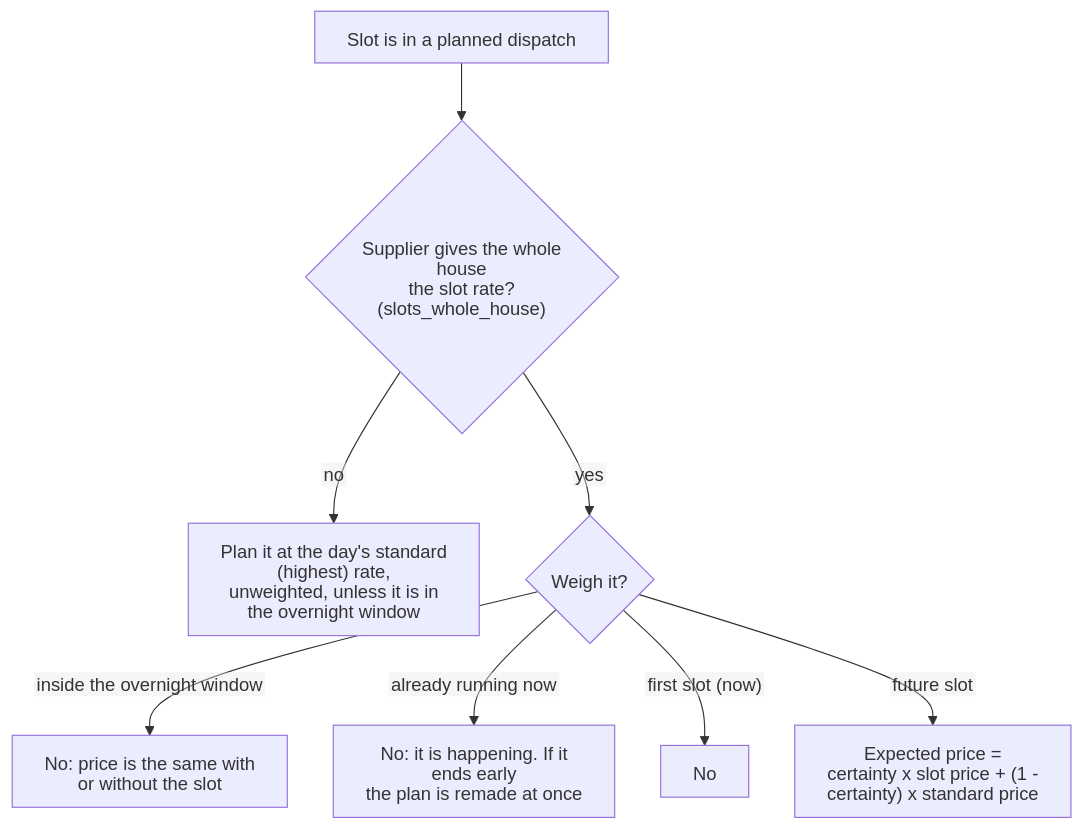
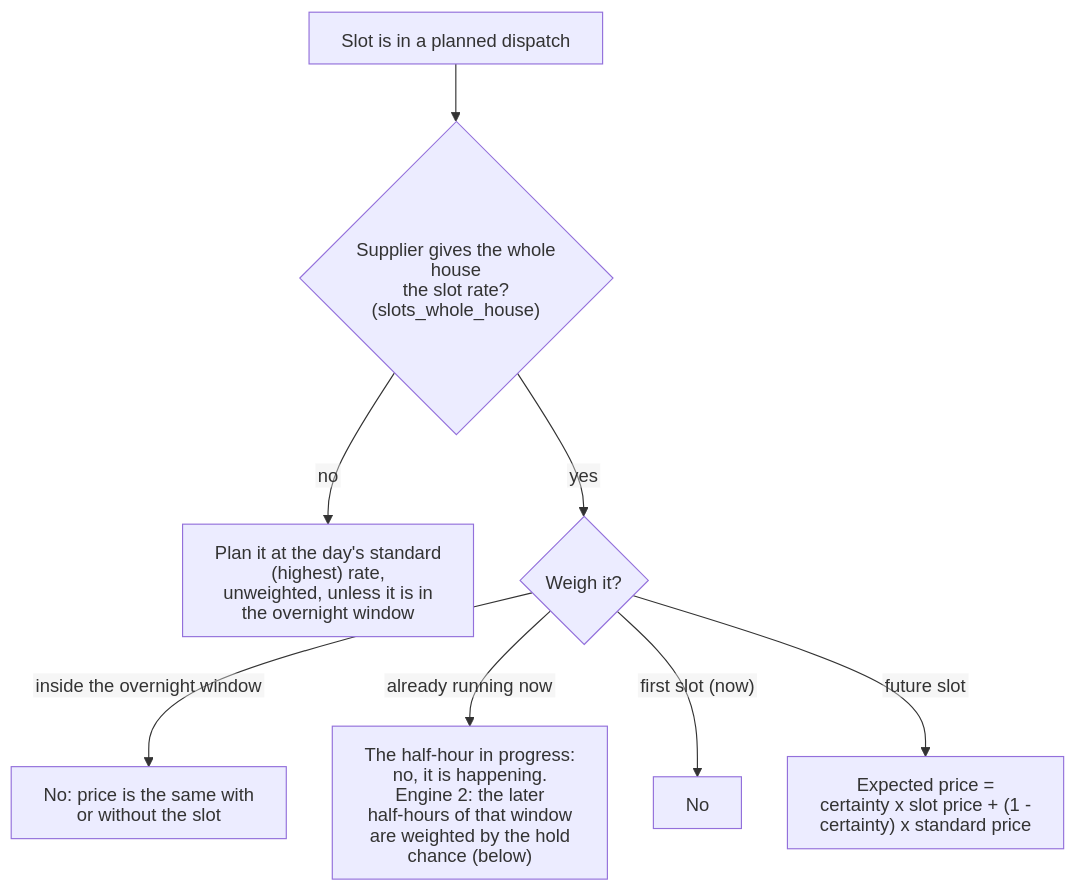
One commit to durkimat/ha-powerengine-controller changed the second of 2 diagrams in docs/logic/01-inputs.md. Above: the diagram before and after it, drawn with Mermaid. The commit also changed other lines of this file and 11 other files, not shown here.

First line of the commit message:
0.9.132: The rest of a running smart slot is a chance, not a certainty (#276)

````diff
--- a/docs/logic/01-inputs.md
+++ b/docs/logic/01-inputs.md
@@ -101,11 +101,11 @@
 ```mermaid
 %%{init: {"htmlLabels": false, "flowchart": {"htmlLabels": false, "padding": 14, "nodeSpacing": 40, "rankSpacing": 50, "useMaxWidth": false}, "sequence": {"wrap": true, "useMaxWidth": false}}}%%
 flowchart TD
     A["Slot is in a planned dispatch"] --> B{"Supplier gives the whole house<br/>the slot rate? (slots_whole_house)"}
     B -- "no" --> C["Plan it at the day's standard (highest) rate,<br/>unweighted, unless it is in the overnight window"]
     B -- "yes" --> D{"Weigh it?"}
     D -- "inside the overnight window" --> E["No: price is the same with or without the slot"]
-    D -- "already running now" --> F["No: it is happening. If it ends early<br/>the plan is remade at once"]
+    D -- "already running now" --> F["The half-hour in progress: no, it is happening.<br/>Engine 2: the later half-hours of that window<br/>are weighted by the hold chance (below)"]
     D -- "first slot (now)" --> G["No"]
     D -- "future slot" --> H["Expected price =<br/>certainty x slot price + (1 - certainty) x standard price"]
 ```
````
